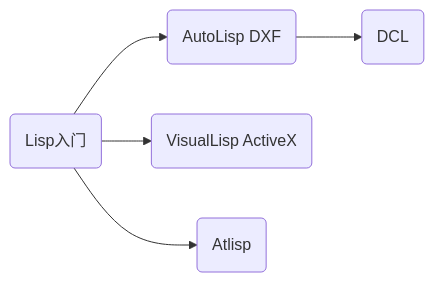
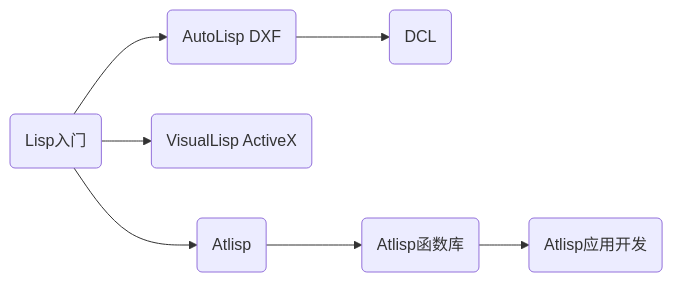
The diagram in README.org (atlisp-org/atlisp-docs), drawn with Mermaid before and after one commit.

```diff
--- a/README.org
+++ b/README.org
@@ -5,8 +5,10 @@
 #+begin_src mermaid
   graph LR
       A(Lisp入门)-->B(AutoLisp DXF);
       B-->C(DCL);
       A-->D(VisualLisp ActiveX);
       A-->E(Atlisp);
-      
+      E-->F(Atlisp函数库)
+      F-->G(Atlisp应用开发)    
+
 #+end_src
```
